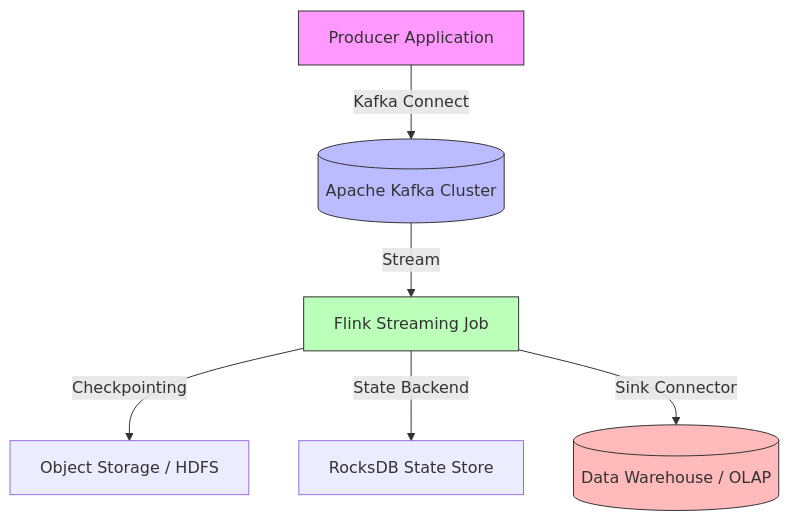
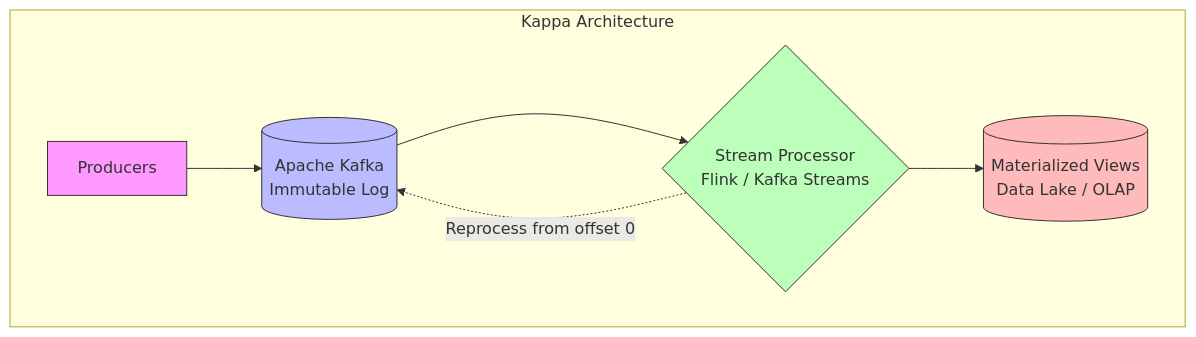
The second of 7 diagrams in src/content/blog/data-engineering-at-scale-building-real-time-streaming-pipelines.md (govindtank/govindtank.github.io), drawn with Mermaid before and after one commit. The commit also changed other lines of this file and 21 other files, not shown here.

````diff
--- a/src/content/blog/data-engineering-at-scale-building-real-time-streaming-pipelines.md
+++ b/src/content/blog/data-engineering-at-scale-building-real-time-streaming-pipelines.md
@@ -34,13 +72,14 @@
 ```mermaid
 graph TD
-    Producer[Producer Application] -->|Kafka Connect| Kafka[(Apache Kafka Cluster)]
-    Kafka -->|Stream| Flink[Flink Streaming Job]
-    Flink -->|Checkpointing| HDFS[Object Storage / HDFS]
-    Flink -->|State Backend| RocksDB[RocksDB State Store]
-    Flink -->|Sink Connector| DB[(Data Warehouse / OLAP)]
-    
-    style Producer fill:#f9f,stroke:#333
-    style Kafka fill:#bbf,stroke:#333
-    style Flink fill:#bfb,stroke:#333
-    style DB fill:#fbb,stroke:#333
+    subgraph "Kappa Architecture"
+        K1[Producers] --> K2[(Apache Kafka\nImmutable Log)]
+        K2 --> K3{Stream Processor\nFlink / Kafka Streams}
+        K3 --> K4[(Materialized Views\nData Lake / OLAP)]
+        K3 -.->|Reprocess from offset 0| K2
+    end
+
+    style K1 fill:#f9f,stroke:#333
+    style K2 fill:#bbf,stroke:#333
+    style K3 fill:#bfb,stroke:#333
+    style K4 fill:#fbb,stroke:#333
 ```
````
